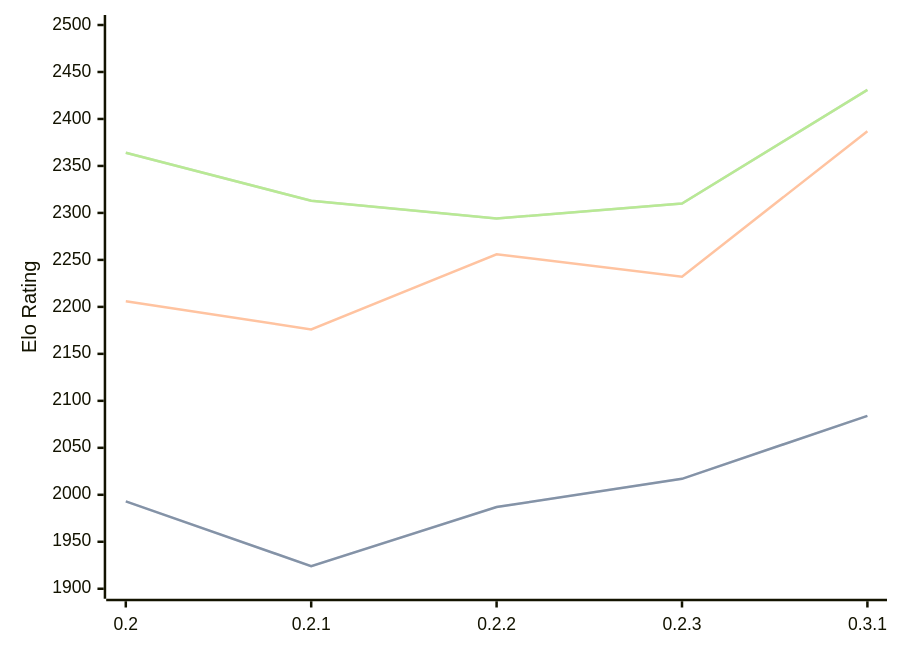
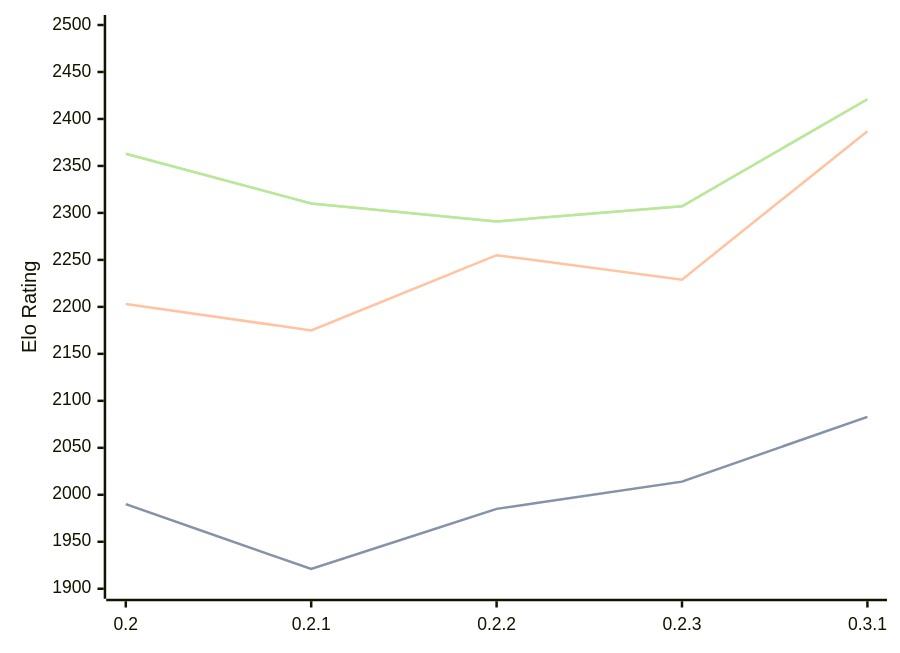
The diagram in engines/Lolbot.md (computer-chess-index/cci), drawn with Mermaid before and after one commit. The commit also changed other lines of this file, not shown here.

Commit message:
Update CCI Ratings (ELO VLTC) - 2026-06-08

````diff
--- a/engines/Lolbot.md
+++ b/engines/Lolbot.md
@@ -36,11 +36,11 @@
 ```mermaid
 %%{init: {"theme":"base","themeVariables":{"seriesColors:['#a3a3a3','#222221','#faa371']}}}%%
 xychart-beta
   x-axis ["0.2", "0.2.1", "0.2.2", "0.2.3", "0.3.1"]
   y-axis "Elo Rating" 1900 --> 2500
-  line "STC (8.0+0.08s)" [1993, 1924, 1987, 2017, 2084]
-  line "STC (8.0+0.08s)" [1993, 1924, 1987, 2017, 2084]
-  line "LTC (60.0+0.60s)" [2206, 2176, 2256, 2232, 2387]
-  line "VLTC (2m24s+1.12s)" [2364, 2313, 2294, 2310, 2431]
-  line "VLTC (2m24s+1.12s)" [2364, 2313, 2294, 2310, 2431]
+  line "STC (8.0+0.08s)" [1990, 1921, 1985, 2014, 2083]
+  line "STC (8.0+0.08s)" [1990, 1921, 1985, 2014, 2083]
+  line "LTC (60.0+0.60s)" [2203, 2175, 2255, 2229, 2387]
+  line "VLTC (2m24s+1.12s)" [2363, 2310, 2291, 2307, 2421]
+  line "VLTC (2m24s+1.12s)" [2363, 2310, 2291, 2307, 2421]
 ```
````
